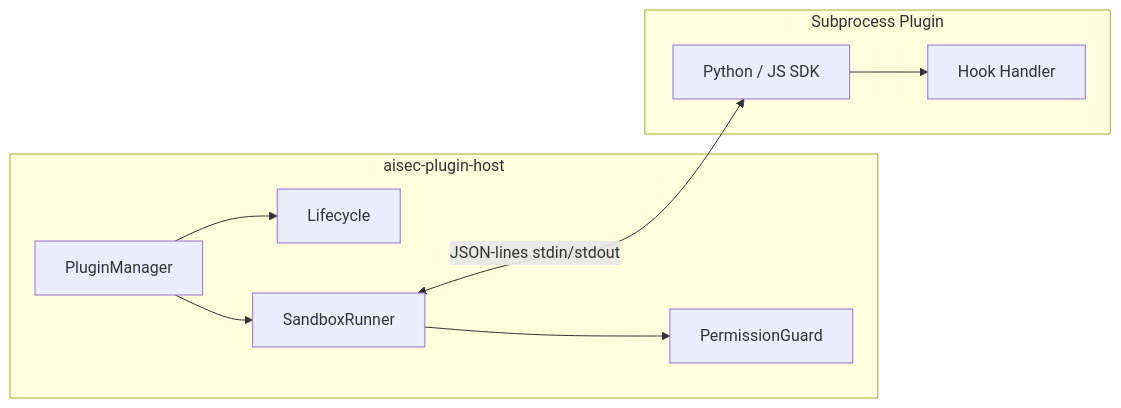
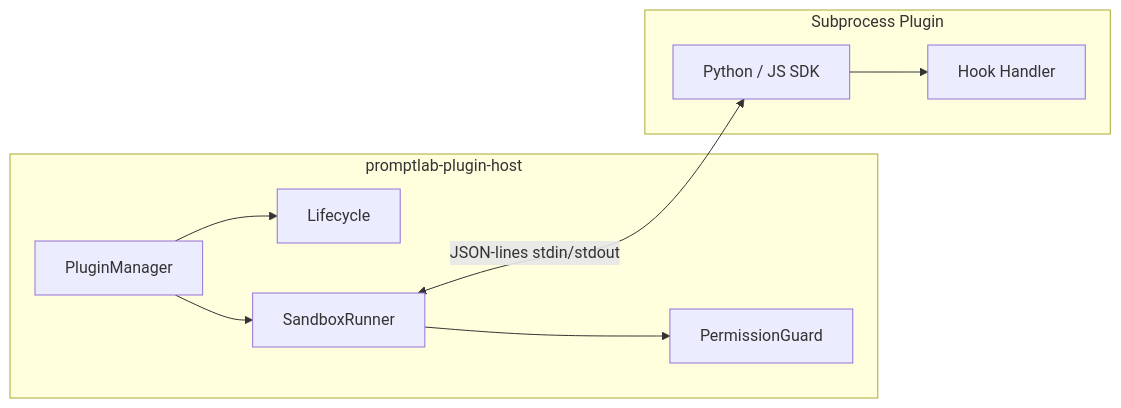
The diagram in docs/PLUGINS.md (YangYang-Research/yang-promptlab), drawn with Mermaid before and after one commit. The commit also changed other lines of this file and 352 other files, not shown here.

First line of the commit message:
feat(promptlab): migrate from AISec to PromptLab framework

````diff
--- a/docs/PLUGINS.md
+++ b/docs/PLUGINS.md
@@ -7,18 +7,18 @@
 ```mermaid
 flowchart LR
-    subgraph Host["aisec-plugin-host"]
+    subgraph Host["promptlab-plugin-host"]
         PM[PluginManager]
         LC[Lifecycle]
         PG[PermissionGuard]
         SB[SandboxRunner]
     end
     subgraph Plugin["Subprocess Plugin"]
         SDK[Python / JS SDK]
         Handler[Hook Handler]
     end
     PM --> LC
     PM --> SB
     SB --> PG
     SB <-->|JSON-lines stdin/stdout| SDK
     SDK --> Handler
 ```
````
